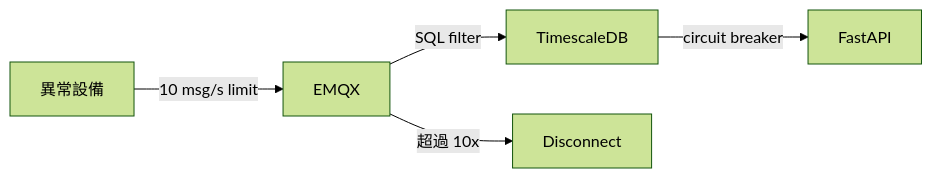
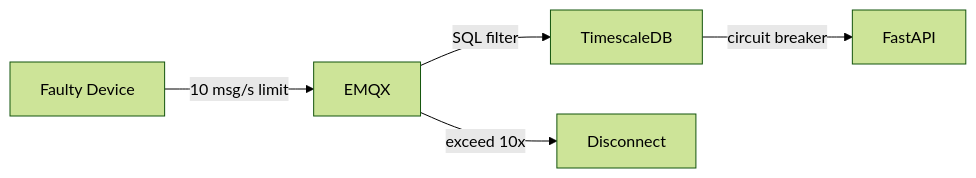
Before and after one commit to osisdie/osisdie.github.io: the first of 3 diagrams in _posts/2026/2026-03-30-iot-1m-device-architecture-part3.md, drawn with Mermaid (forest theme). The commit also changed other lines of this file and 2 other files, not shown here.

First line of the commit message:
fix: mermaid syntax — remove CJK from nodes, fix subgraph ID collision

````diff
--- a/_posts/2026/2026-03-30-iot-1m-device-architecture-part3.md
+++ b/_posts/2026/2026-03-30-iot-1m-device-architecture-part3.md
@@ -28,7 +28,7 @@
 ```mermaid
 flowchart LR
-    D[異常設備] -->|10 msg/s limit| E[EMQX]
+    D[Faulty Device] -->|10 msg/s limit| E[EMQX]
     E -->|SQL filter| T[TimescaleDB]
     T -->|circuit breaker| A[FastAPI]
-    E -->|超過 10x| X1[Disconnect]
+    E -->|exceed 10x| X1[Disconnect]
 ```
````
